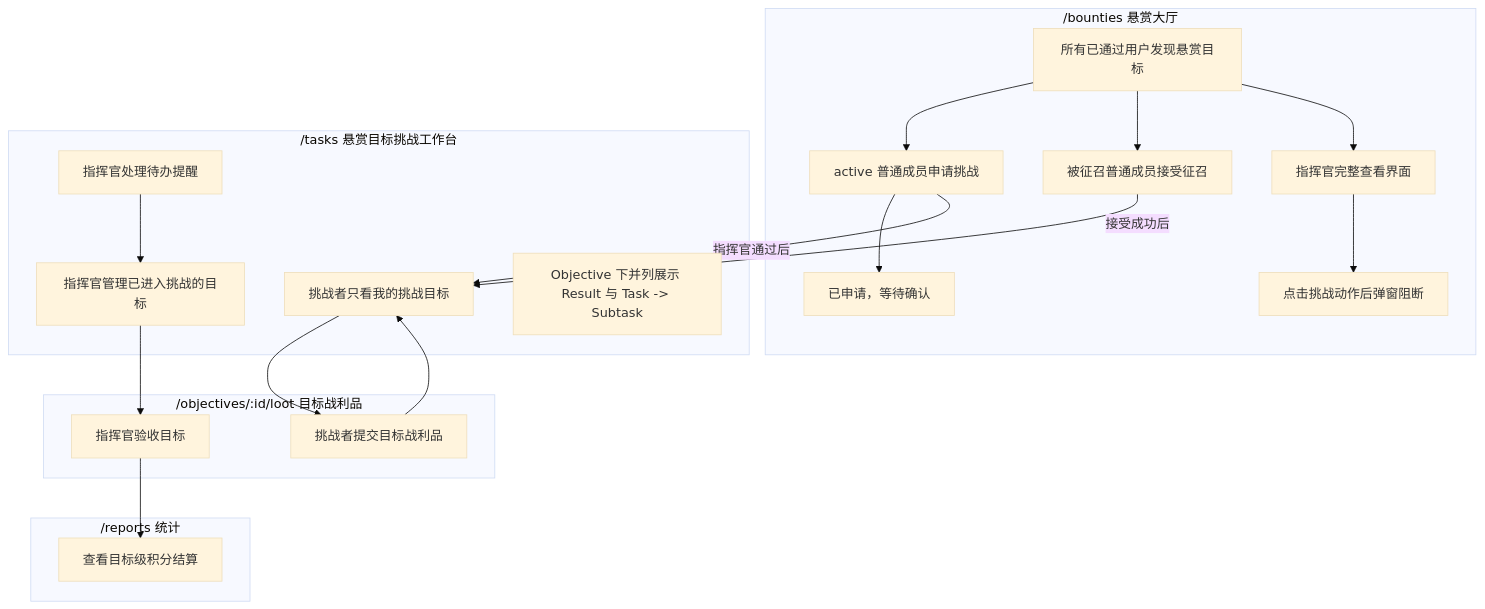
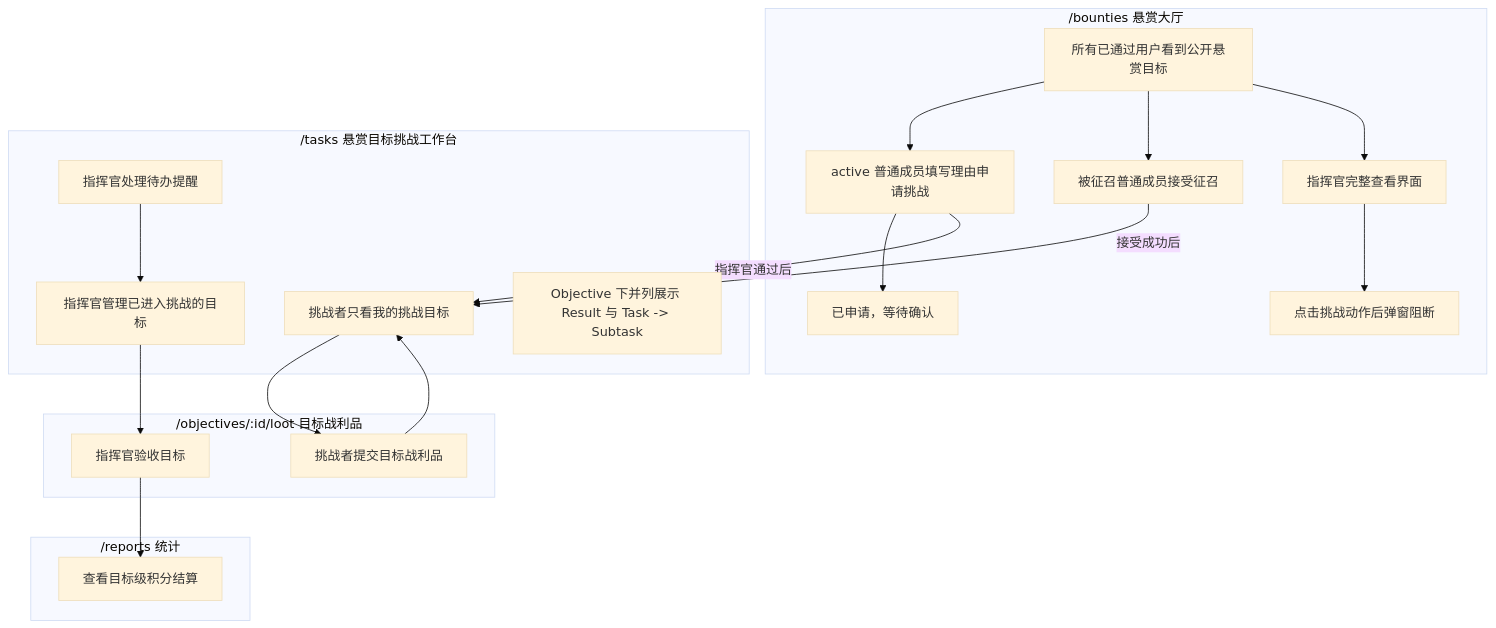
The first of 7 diagrams in docs/frontend/ORF 前端流程测试.md (xueyu888/ORF), drawn with Mermaid (base theme) before and after one commit. The commit also changed other lines of this file and 35 other files, not shown here.

Commit message:
feat: refine bounty hall participation flow

````diff
--- a/docs/frontend/ORF 前端流程测试.md
+++ b/docs/frontend/ORF 前端流程测试.md
@@ -41,38 +41,38 @@
 ```mermaid
 flowchart TD
   subgraph Hall["/bounties 悬赏大厅"]
-    H1[所有已通过用户发现悬赏目标]
-    H2[active 普通成员申请挑战]
+    H1[所有已通过用户看到公开悬赏目标]
+    H2[active 普通成员填写理由申请挑战]
     H3[被征召普通成员接受征召]
     H4[已申请，等待确认]
     H5[指挥官完整查看界面]
     H6[点击挑战动作后弹窗阻断]
   end
 
   subgraph Workbench["/tasks 悬赏目标挑战工作台"]
     W1[指挥官处理待办提醒]
     W2[指挥官管理已进入挑战的目标]
     W3[挑战者只看我的挑战目标]
     W4[Objective 下并列展示 Result 与 Task -> Subtask]
   end
 
   subgraph Loot["/objectives/:id/loot 目标战利品"]
     L1[挑战者提交目标战利品]
     L2[指挥官验收目标]
   end
 
   subgraph Reports["/reports 统计"]
     R1[查看目标级积分结算]
   end
 
   H1 --> H2 --> H4
   H1 --> H3
   H1 --> H5 --> H6
   H2 -->|指挥官通过后| W3
   H3 -->|接受成功后| W3
   W1 --> W2
   W2 --> L2
   W3 --> L1
   L1 --> W3
   L2 --> R1
 ```
````
